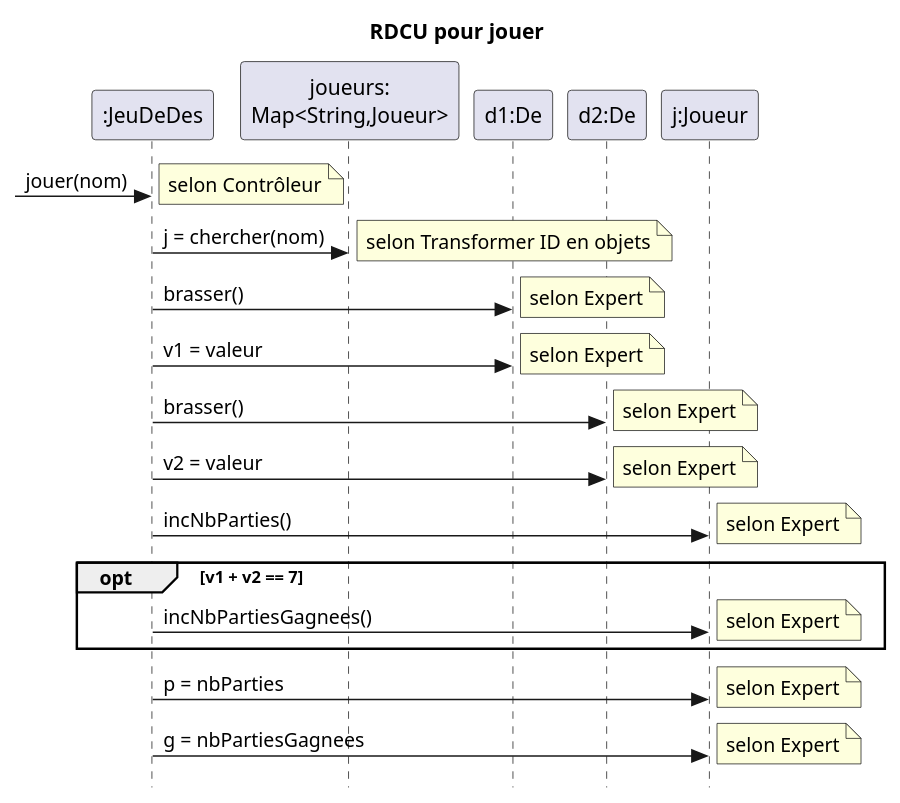
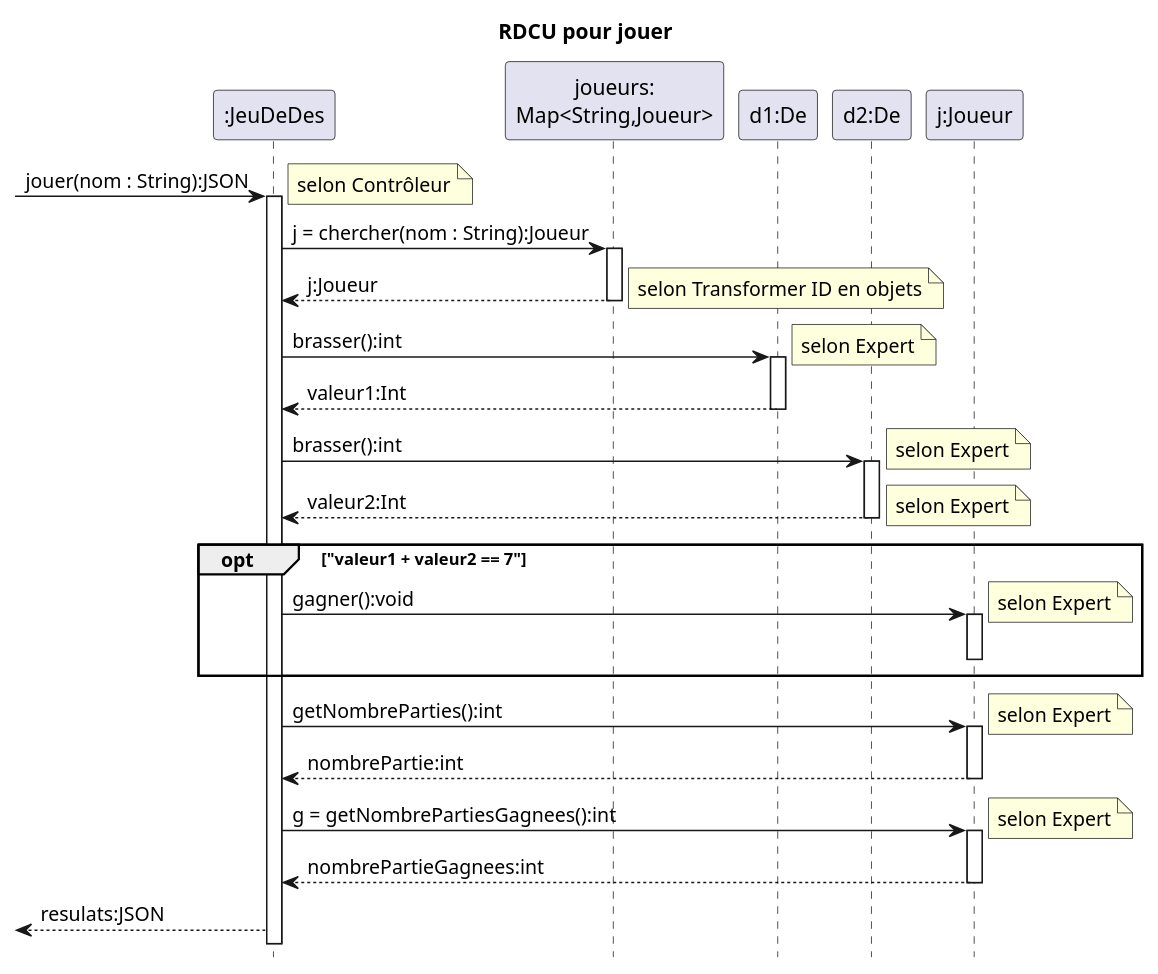
One commit to cc-probitaille/log210-lab01-template changed the diagram in docs/modeles/rdcu-jouer.puml. Above: the diagram before and after it, drawn with PlantUML. The commit also changed 17 other files, not shown here.

```diff
--- a/docs/modeles/rdcu-jouer.puml
+++ b/docs/modeles/rdcu-jouer.puml
@@ -1,32 +1,81 @@
 @startuml
-skinparam style strictuml
-skinparam defaultfontname Verdana
+hide footbox
+
 title RDCU pour jouer
-participant ":JeuDeDes" as c
-participant "joueurs:\nMap<String,Joueur>" as jm
-participant "d1:De" as d1
-participant "d2:De" as d2
-participant "j:Joueur" as j
-->c : jouer(nom)
-note right : selon Contrôleur
-c->jm : j = chercher(nom)
-note right : selon Transformer ID en objets
-c->d1 : brasser()
-note right : selon Expert
-c->d1 : v1 = valeur
-note right : selon Expert
-c->d2 : brasser()
-note right : selon Expert
-c->d2 : v2 = valeur
-note right : selon Expert
-c->j : incNbParties()
-note right : selon Expert
-opt v1 + v2 == 7
-  c->j : incNbPartiesGagnees()
-  note right : selon Expert
-end opt
-c->j : p = nbParties
-note right : selon Expert
-c->j : g = nbPartiesGagnees
-note right : selon Expert
+
+participant ":JeuDeDes" as J
+participant "joueurs:\nMap<String,Joueur>" as M
+participant "d1:De" as D1
+participant "d2:De" as D2
+participant "j:Joueur" as P
+
+-> J : jouer(nom : String):JSON
+activate J
+
+note right
+  selon Contrôleur
+end note
+
+J -> M : j = chercher(nom : String):Joueur
+activate M
+J <-- M : j:Joueur
+deactivate M
+
+note right
+  selon Transformer ID en objets
+end note
+
+J -> D1 : brasser():int
+activate D1
+
+note right
+  selon Expert
+end note
+
+J <-- D1 : valeur1:Int
+deactivate D1
+
+J -> D2 : brasser():int
+activate D2
+
+note right
+  selon Expert
+end note
+
+J <-- D2 : valeur2:Int
+deactivate D2
+
+note right
+  selon Expert
+end note
+
+opt "valeur1 + valeur2 == 7"
+    J -> P : gagner():void
+    activate P
+    note right
+      selon Expert
+    end note
+    deactivate P
+end
+
+J -> P : getNombreParties():int
+
+activate P
+note right
+  selon Expert
+end note
+
+J <-- P: nombrePartie:int
+deactivate P
+
+J -> P : g = getNombrePartiesGagnees():int
+activate P
+note right
+   selon Expert
+end note
+    
+J <-- P: nombrePartieGagnees:int
+deactivate P
+
+<-- J : resulats:JSON
 @enduml
```
